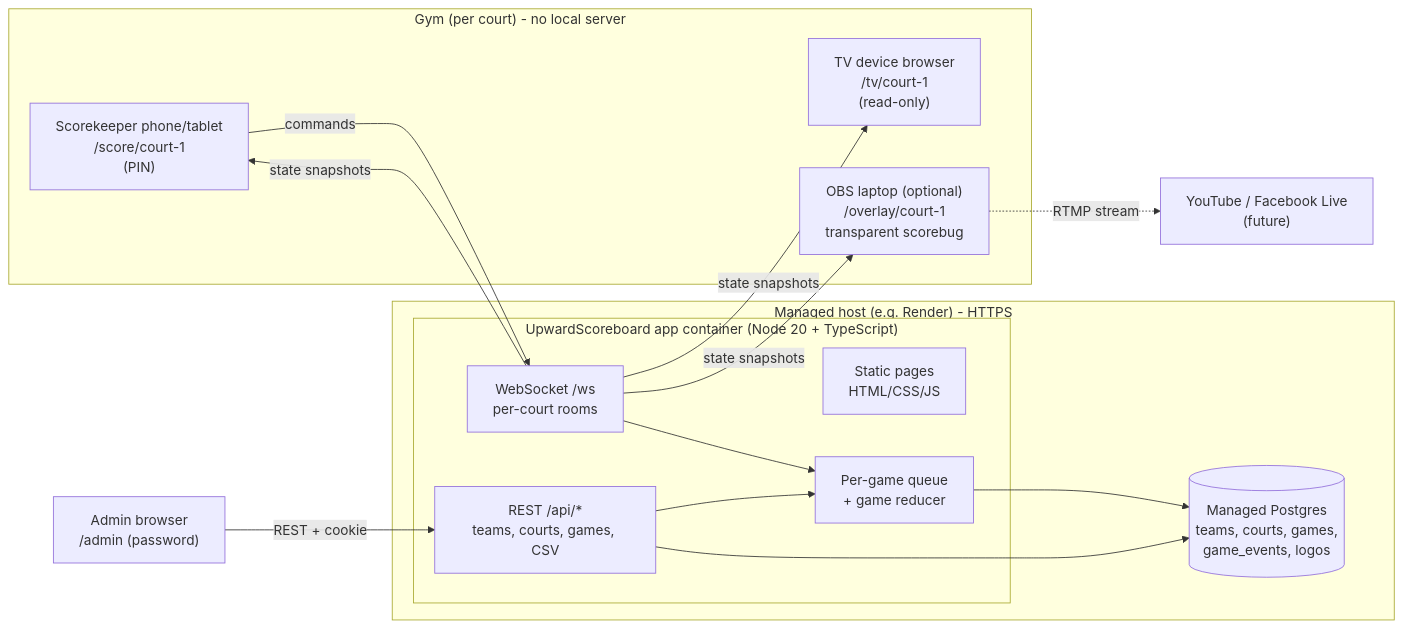
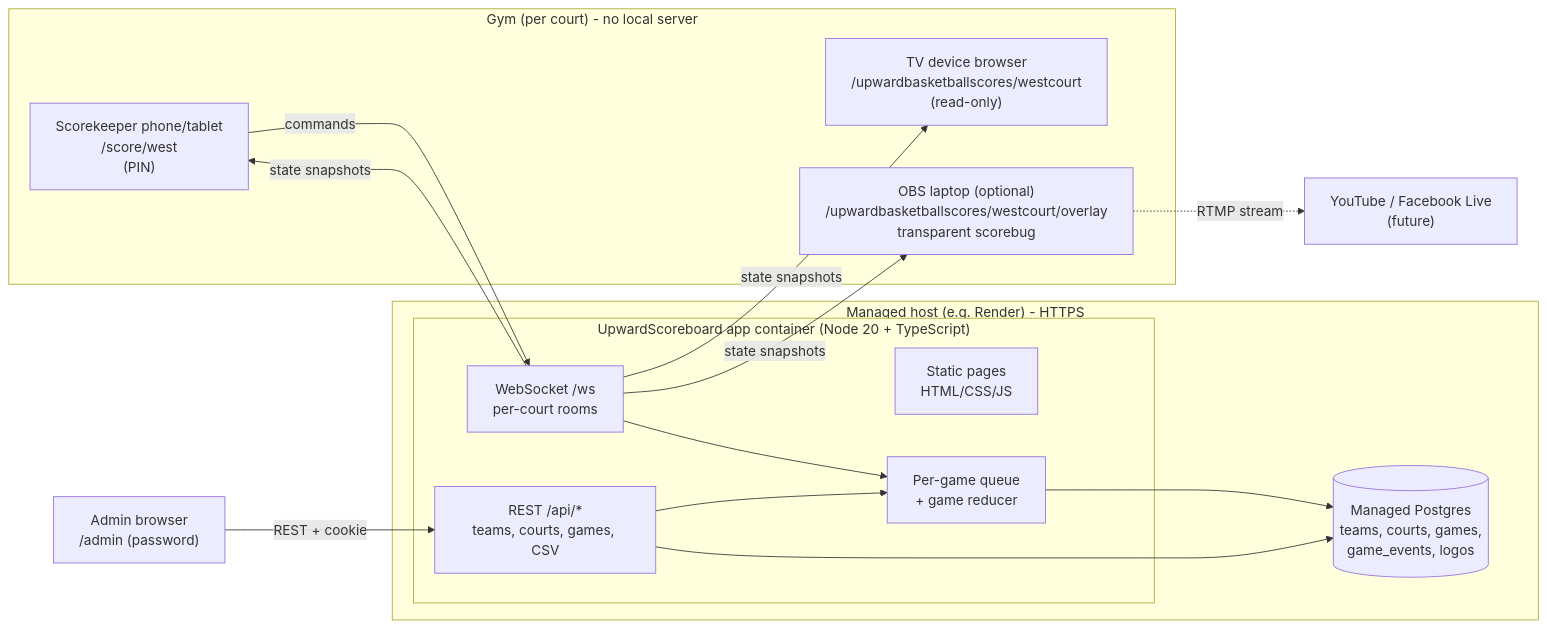
One commit to aingalsbe/UpwardScoreboard changed the diagram in deliverables/diagrams/architecture.mmd. Above: the diagram before and after it, drawn with Mermaid. The commit also changed 39 other files, not shown here.

```diff
--- a/deliverables/diagrams/architecture.mmd
+++ b/deliverables/diagrams/architecture.mmd
@@ -1,27 +1,27 @@
 flowchart LR
   subgraph Gym["Gym (per court) - no local server"]
-    SK["Scorekeeper phone/tablet<br/>/score/court-1<br/>(PIN)"]
-    TV["TV device browser<br/>/tv/court-1<br/>(read-only)"]
-    OBS["OBS laptop (optional)<br/>/overlay/court-1<br/>transparent scorebug"]
+    SK["Scorekeeper phone/tablet<br/>/score/west<br/>(PIN)"]
+    TV["TV device browser<br/>/upwardbasketballscores/westcourt<br/>(read-only)"]
+    OBS["OBS laptop (optional)<br/>/upwardbasketballscores/westcourt/overlay<br/>transparent scorebug"]
   end
   AD["Admin browser<br/>/admin (password)"]
   subgraph Cloud["Managed host (e.g. Render) - HTTPS"]
     subgraph App["UpwardScoreboard app container (Node 20 + TypeScript)"]
       ST["Static pages<br/>HTML/CSS/JS"]
       WS["WebSocket /ws<br/>per-court rooms"]
       API["REST /api/*<br/>teams, courts, games, CSV"]
       RED["Per-game queue<br/>+ game reducer"]
     end
     PG[("Managed Postgres<br/>teams, courts, games,<br/>game_events, logos")]
   end
   YT["YouTube / Facebook Live<br/>(future)"]
   SK -- "commands" --> WS
   WS -- "state snapshots" --> SK
   WS -- "state snapshots" --> TV
   WS -- "state snapshots" --> OBS
   AD -- "REST + cookie" --> API
   WS --> RED
   API --> RED
   RED --> PG
   API --> PG
   OBS -. "RTMP stream" .-> YT
```
